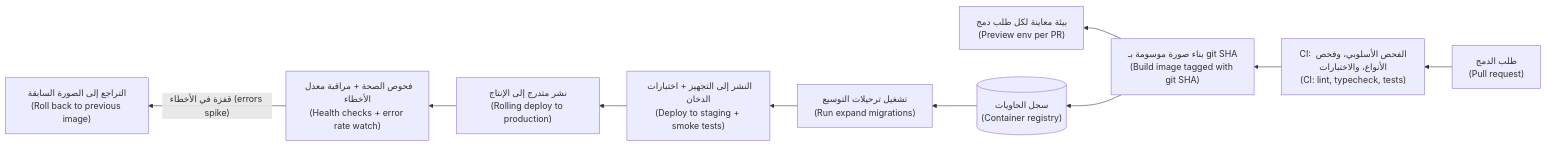
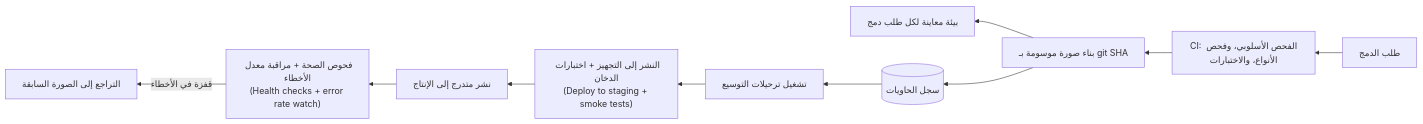
Before and after one commit to Tamoura/system-design-for-vibe-coders: the sixth of 7 diagrams in saas/modules/07-operations.ar.md, drawn with Mermaid. The commit also changed other lines of this file and 551 other files, not shown here.

````diff
--- a/saas/modules/07-operations.ar.md
+++ b/saas/modules/07-operations.ar.md
@@ -914,12 +914,12 @@
 ```mermaid
 flowchart RL
-  PR["طلب الدمج<br/>(Pull request)"] --> CI["CI: الفحص الأسلوبي، وفحص الأنواع، والاختبارات<br/>(CI: lint, typecheck, tests)"]
-  CI --> Build["بناء صورة موسومة بـ git SHA<br/>(Build image tagged with git SHA)"]
-  Build --> Preview["بيئة معاينة لكل طلب دمج<br/>(Preview env per PR)"]
-  Build --> Registry[("سجل الحاويات<br/>(Container registry)")]
-  Registry --> Migrate["تشغيل ترحيلات التوسيع<br/>(Run expand migrations)"]
+  PR["طلب الدمج"] --> CI["CI: الفحص الأسلوبي، وفحص الأنواع، والاختبارات"]
+  CI --> Build["بناء صورة موسومة بـ git SHA"]
+  Build --> Preview["بيئة معاينة لكل طلب دمج"]
+  Build --> Registry[("سجل الحاويات")]
+  Registry --> Migrate["تشغيل ترحيلات التوسيع"]
   Migrate --> Staging["النشر إلى التجهيز + اختبارات الدخان<br/>(Deploy to staging + smoke tests)"]
-  Staging --> Prod["نشر متدرج إلى الإنتاج<br/>(Rolling deploy to production)"]
+  Staging --> Prod["نشر متدرج إلى الإنتاج"]
   Prod --> Health["فحوص الصحة + مراقبة معدل الأخطاء<br/>(Health checks + error rate watch)"]
-  Health -->|"قفزة في الأخطاء (errors spike)"| Rollback["التراجع إلى الصورة السابقة<br/>(Roll back to previous image)"]
+  Health -->|"قفزة في الأخطاء"| Rollback["التراجع إلى الصورة السابقة"]
 ```
````
